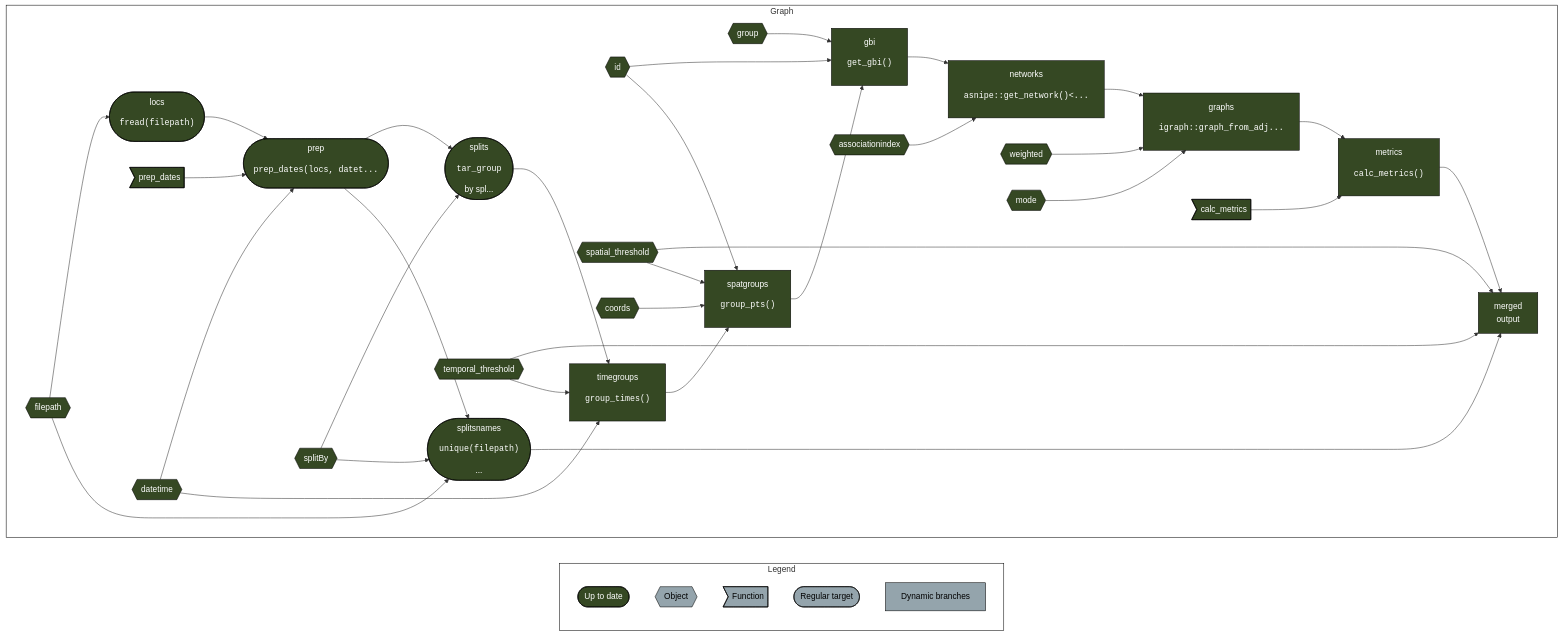
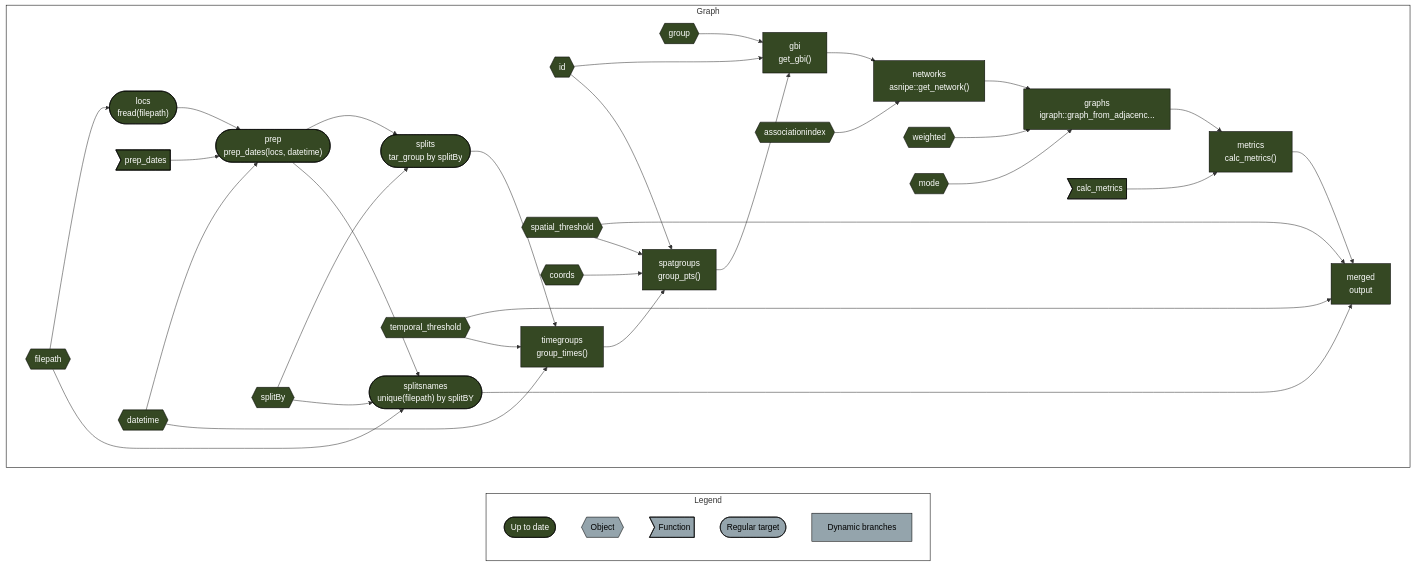
One commit to robitalec/targets-spatsoc-networks changed the diagram in README.md. Above: the diagram before and after it, drawn with Mermaid. The commit also changed other lines of this file, not shown here.

````diff
--- a/README.md
+++ b/README.md
@@ -10,48 +10,48 @@
 ``` mermaid
 graph LR
   style Legend fill:#FFFFFF00,stroke:#000000;
   style Graph fill:#FFFFFF00,stroke:#000000;
   subgraph Legend
     xf1522833a4d242c5(["Up to date"]):::uptodate
     xbecb13963f49e50b{{"Object"}}:::none
     xeb2d7cac8a1ce544>"Function"]:::none
     xd03d7c7dd2ddda2b(["Regular target"]):::none
     x6f7e04ea3427f824["Dynamic branches"]:::none
   end
   subgraph Graph
     direction LR
-    xfeaff7c1bc5fe2e5{{"group"}}:::uptodate --> x8b0c676d7240242a["gbi<br><pre>get_gbi()</pre>"]:::uptodate
-    xc25194a2e4c760d5{{"id"}}:::uptodate --> x8b0c676d7240242a["gbi<br><pre>get_gbi()</pre>"]:::uptodate
-    xdf10c21b92224150["spatgroups<br><pre>group_pts()</pre>"]:::uptodate --> x8b0c676d7240242a["gbi<br><pre>get_gbi()</pre>"]:::uptodate
-    xc389638817199bf0["networks<br><pre>asnipe::get_network()<..."]:::uptodate --> x2db02d438e6d5e6f["graphs<br><pre>igraph::graph_from_adj..."]:::uptodate
-    x7ceaaf778822044f{{"weighted"}}:::uptodate --> x2db02d438e6d5e6f["graphs<br><pre>igraph::graph_from_adj..."]:::uptodate
-    x8568773019f89f54{{"mode"}}:::uptodate --> x2db02d438e6d5e6f["graphs<br><pre>igraph::graph_from_adj..."]:::uptodate
-    x251c0fecf340765b{{"filepath"}}:::uptodate --> x5d49490da5202c91(["locs<br><pre>fread(filepath)</pre>"]):::uptodate
-    x544e14c8fac2c5b0["metrics<br><pre>calc_metrics()</pre>"]:::uptodate --> x0babe2584c9010e0["merged<br>output"]:::uptodate
+    xfeaff7c1bc5fe2e5{{"group"}}:::uptodate --> x8b0c676d7240242a["gbi<br>get_gbi()"]:::uptodate
+    xc25194a2e4c760d5{{"id"}}:::uptodate --> x8b0c676d7240242a["gbi<br>get_gbi()"]:::uptodate
+    xdf10c21b92224150["spatgroups<br>group_pts()"]:::uptodate --> x8b0c676d7240242a["gbi<br>get_gbi()"]:::uptodate
+    xc389638817199bf0["networks<br>asnipe::get_network()"]:::uptodate --> x2db02d438e6d5e6f["graphs<br>igraph::graph_from_adjacenc..."]:::uptodate
+    x7ceaaf778822044f{{"weighted"}}:::uptodate --> x2db02d438e6d5e6f["graphs<br>igraph::graph_from_adjacenc..."]:::uptodate
+    x8568773019f89f54{{"mode"}}:::uptodate --> x2db02d438e6d5e6f["graphs<br>igraph::graph_from_adjacenc..."]:::uptodate
+    x251c0fecf340765b{{"filepath"}}:::uptodate --> x5d49490da5202c91(["locs<br>fread(filepath)"]):::uptodate
+    x544e14c8fac2c5b0["metrics<br>calc_metrics()"]:::uptodate --> x0babe2584c9010e0["merged<br>output"]:::uptodate
     x86be964788bf0a62{{"spatial_threshold"}}:::uptodate --> x0babe2584c9010e0["merged<br>output"]:::uptodate
-    xe5f9f129783c9289(["splitsnames<br><pre>unique(filepath)</pre>..."]):::uptodate --> x0babe2584c9010e0["merged<br>output"]:::uptodate
+    xe5f9f129783c9289(["splitsnames<br>unique(filepath) by splitBY"]):::uptodate --> x0babe2584c9010e0["merged<br>output"]:::uptodate
     x7691bca923fa768d{{"temporal_threshold"}}:::uptodate --> x0babe2584c9010e0["merged<br>output"]:::uptodate
-    x6f3a445de245bc35>"calc_metrics"]:::uptodate --> x544e14c8fac2c5b0["metrics<br><pre>calc_metrics()</pre>"]:::uptodate
-    x2db02d438e6d5e6f["graphs<br><pre>igraph::graph_from_adj..."]:::uptodate --> x544e14c8fac2c5b0["metrics<br><pre>calc_metrics()</pre>"]:::uptodate
-    xc46e1ab6af5c8492{{"associationindex"}}:::uptodate --> xc389638817199bf0["networks<br><pre>asnipe::get_network()<..."]:::uptodate
-    x8b0c676d7240242a["gbi<br><pre>get_gbi()</pre>"]:::uptodate --> xc389638817199bf0["networks<br><pre>asnipe::get_network()<..."]:::uptodate
-    xd135a9eb46727432>"prep_dates"]:::uptodate --> x3906e3b7b61cde90(["prep<br><pre>prep_dates(locs, datet..."]):::uptodate
-    xe1070fbd6d46a47b{{"datetime"}}:::uptodate --> x3906e3b7b61cde90(["prep<br><pre>prep_dates(locs, datet..."]):::uptodate
-    x5d49490da5202c91(["locs<br><pre>fread(filepath)</pre>"]):::uptodate --> x3906e3b7b61cde90(["prep<br><pre>prep_dates(locs, datet..."]):::uptodate
-    xbd740468b493bf05{{"coords"}}:::uptodate --> xdf10c21b92224150["spatgroups<br><pre>group_pts()</pre>"]:::uptodate
-    xc25194a2e4c760d5{{"id"}}:::uptodate --> xdf10c21b92224150["spatgroups<br><pre>group_pts()</pre>"]:::uptodate
-    x86be964788bf0a62{{"spatial_threshold"}}:::uptodate --> xdf10c21b92224150["spatgroups<br><pre>group_pts()</pre>"]:::uptodate
-    xc119b121c4bf638e["timegroups<br><pre>group_times()</pre>"]:::uptodate --> xdf10c21b92224150["spatgroups<br><pre>group_pts()</pre>"]:::uptodate
-    x6fa178f2283ab5b1{{"splitBy"}}:::uptodate --> xf94084fe2fb21595(["splits<br><pre>tar_group</pre> by spl..."]):::uptodate
-    x3906e3b7b61cde90(["prep<br><pre>prep_dates(locs, datet..."]):::uptodate --> xf94084fe2fb21595(["splits<br><pre>tar_group</pre> by spl..."]):::uptodate
-    x251c0fecf340765b{{"filepath"}}:::uptodate --> xe5f9f129783c9289(["splitsnames<br><pre>unique(filepath)</pre>..."]):::uptodate
-    x6fa178f2283ab5b1{{"splitBy"}}:::uptodate --> xe5f9f129783c9289(["splitsnames<br><pre>unique(filepath)</pre>..."]):::uptodate
-    x3906e3b7b61cde90(["prep<br><pre>prep_dates(locs, datet..."]):::uptodate --> xe5f9f129783c9289(["splitsnames<br><pre>unique(filepath)</pre>..."]):::uptodate
-    xe1070fbd6d46a47b{{"datetime"}}:::uptodate --> xc119b121c4bf638e["timegroups<br><pre>group_times()</pre>"]:::uptodate
-    x7691bca923fa768d{{"temporal_threshold"}}:::uptodate --> xc119b121c4bf638e["timegroups<br><pre>group_times()</pre>"]:::uptodate
-    xf94084fe2fb21595(["splits<br><pre>tar_group</pre> by spl..."]):::uptodate --> xc119b121c4bf638e["timegroups<br><pre>group_times()</pre>"]:::uptodate
+    x6f3a445de245bc35>"calc_metrics"]:::uptodate --> x544e14c8fac2c5b0["metrics<br>calc_metrics()"]:::uptodate
+    x2db02d438e6d5e6f["graphs<br>igraph::graph_from_adjacenc..."]:::uptodate --> x544e14c8fac2c5b0["metrics<br>calc_metrics()"]:::uptodate
+    xc46e1ab6af5c8492{{"associationindex"}}:::uptodate --> xc389638817199bf0["networks<br>asnipe::get_network()"]:::uptodate
+    x8b0c676d7240242a["gbi<br>get_gbi()"]:::uptodate --> xc389638817199bf0["networks<br>asnipe::get_network()"]:::uptodate
+    xd135a9eb46727432>"prep_dates"]:::uptodate --> x3906e3b7b61cde90(["prep<br>prep_dates(locs, datetime)"]):::uptodate
+    xe1070fbd6d46a47b{{"datetime"}}:::uptodate --> x3906e3b7b61cde90(["prep<br>prep_dates(locs, datetime)"]):::uptodate
+    x5d49490da5202c91(["locs<br>fread(filepath)"]):::uptodate --> x3906e3b7b61cde90(["prep<br>prep_dates(locs, datetime)"]):::uptodate
+    xbd740468b493bf05{{"coords"}}:::uptodate --> xdf10c21b92224150["spatgroups<br>group_pts()"]:::uptodate
+    xc25194a2e4c760d5{{"id"}}:::uptodate --> xdf10c21b92224150["spatgroups<br>group_pts()"]:::uptodate
+    x86be964788bf0a62{{"spatial_threshold"}}:::uptodate --> xdf10c21b92224150["spatgroups<br>group_pts()"]:::uptodate
+    xc119b121c4bf638e["timegroups<br>group_times()"]:::uptodate --> xdf10c21b92224150["spatgroups<br>group_pts()"]:::uptodate
+    x6fa178f2283ab5b1{{"splitBy"}}:::uptodate --> xf94084fe2fb21595(["splits<br>tar_group by splitBy"]):::uptodate
+    x3906e3b7b61cde90(["prep<br>prep_dates(locs, datetime)"]):::uptodate --> xf94084fe2fb21595(["splits<br>tar_group by splitBy"]):::uptodate
+    x251c0fecf340765b{{"filepath"}}:::uptodate --> xe5f9f129783c9289(["splitsnames<br>unique(filepath) by splitBY"]):::uptodate
+    x6fa178f2283ab5b1{{"splitBy"}}:::uptodate --> xe5f9f129783c9289(["splitsnames<br>unique(filepath) by splitBY"]):::uptodate
+    x3906e3b7b61cde90(["prep<br>prep_dates(locs, datetime)"]):::uptodate --> xe5f9f129783c9289(["splitsnames<br>unique(filepath) by splitBY"]):::uptodate
+    xe1070fbd6d46a47b{{"datetime"}}:::uptodate --> xc119b121c4bf638e["timegroups<br>group_times()"]:::uptodate
+    x7691bca923fa768d{{"temporal_threshold"}}:::uptodate --> xc119b121c4bf638e["timegroups<br>group_times()"]:::uptodate
+    xf94084fe2fb21595(["splits<br>tar_group by splitBy"]):::uptodate --> xc119b121c4bf638e["timegroups<br>group_times()"]:::uptodate
     
   end
   classDef uptodate stroke:#000000,color:#ffffff,fill:#354823;
   classDef none stroke:#000000,color:#000000,fill:#94a4ac;
 ```
````
